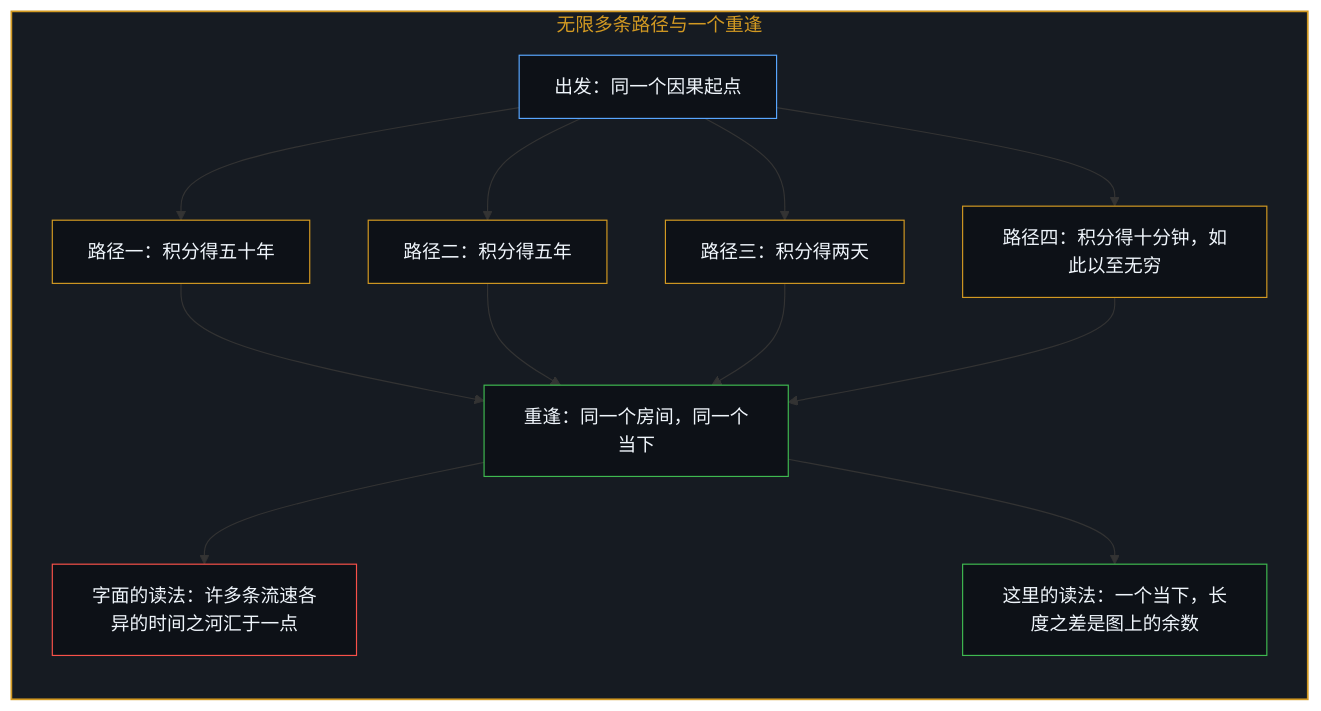
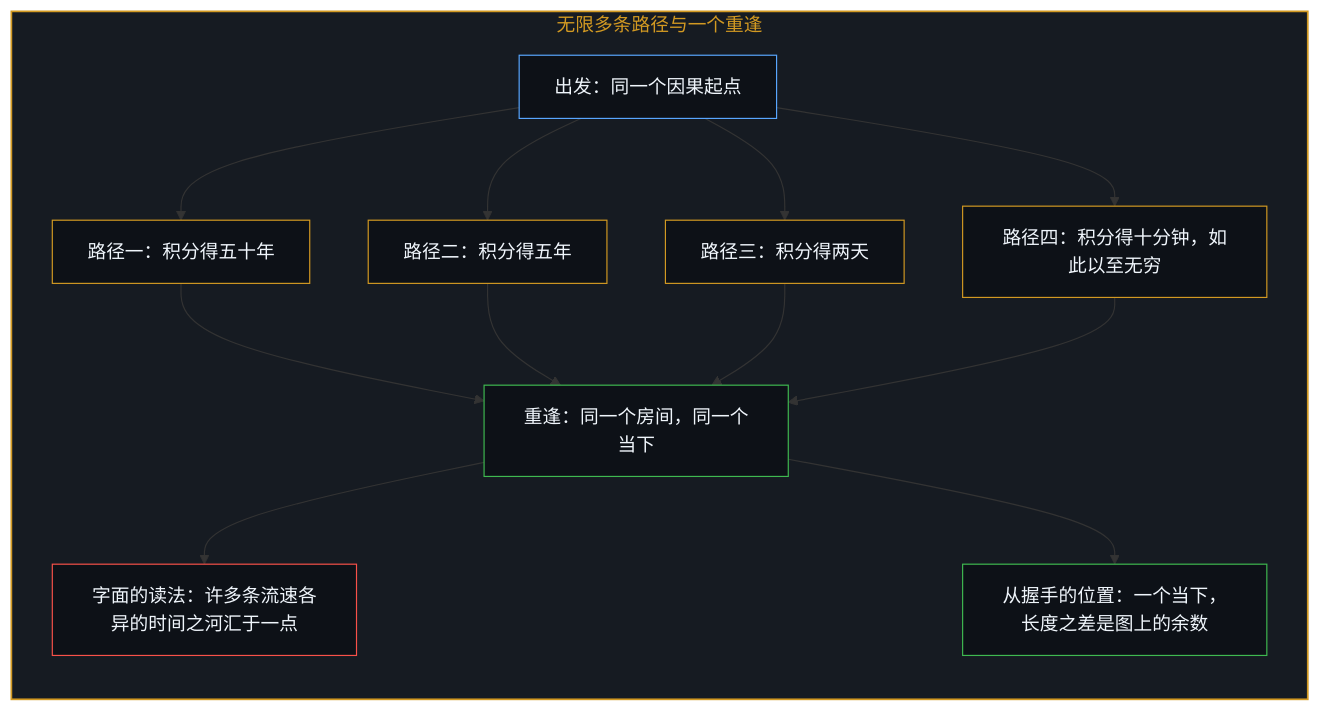
One commit to powerpig99/not-a-toe changed diagram 13 of 18 in content/posts/the-twin-paradox-and-the-hidden-observer.md. Above: the diagram before and after it, drawn with Mermaid. The commit also changed other lines of this file and 2 other files, not shown here.

````diff
--- a/content/posts/the-twin-paradox-and-the-hidden-observer.md
+++ b/content/posts/the-twin-paradox-and-the-hidden-observer.md
@@ -429,34 +429,34 @@
 ```mermaid
 flowchart TD
     subgraph S_Paths["无限多条路径与一个重逢"]
         direction TB
         Origin["出发：同一个因果起点"]
         PathOne["路径一：积分得五十年"]
         PathTwo["路径二：积分得五年"]
         PathThree["路径三：积分得两天"]
         PathMore["路径四：积分得十分钟，如此以至无穷"]
         Room["重逢：同一个房间，同一个当下"]
         Rivers["字面的读法：许多条流速各异的时间之河汇于一点"]
-        Rem["这里的读法：一个当下，长度之差是图上的余数"]
+        Rem["从握手的位置：一个当下，长度之差是图上的余数"]
         Origin --> PathOne
         Origin --> PathTwo
         Origin --> PathThree
         Origin --> PathMore
         PathOne --> Room
         PathTwo --> Room
         PathThree --> Room
         PathMore --> Room
         Room --> Rivers
         Room --> Rem
     end
 
     style S_Paths fill:#161b22,stroke:#d29922,stroke-width:1.5px,color:#d29922
     style Origin fill:#0d1117,stroke:#58a6ff,stroke-width:1px,color:#f0f6fc
     style PathOne fill:#0d1117,stroke:#d29922,stroke-width:1px,color:#f0f6fc
     style PathTwo fill:#0d1117,stroke:#d29922,stroke-width:1px,color:#f0f6fc
     style PathThree fill:#0d1117,stroke:#d29922,stroke-width:1px,color:#f0f6fc
     style PathMore fill:#0d1117,stroke:#d29922,stroke-width:1px,color:#f0f6fc
     style Room fill:#0d1117,stroke:#3fb950,stroke-width:1px,color:#f0f6fc
     style Rivers fill:#0d1117,stroke:#f85149,stroke-width:1px,color:#f0f6fc
     style Rem fill:#0d1117,stroke:#3fb950,stroke-width:1px,color:#f0f6fc
 ```
````
